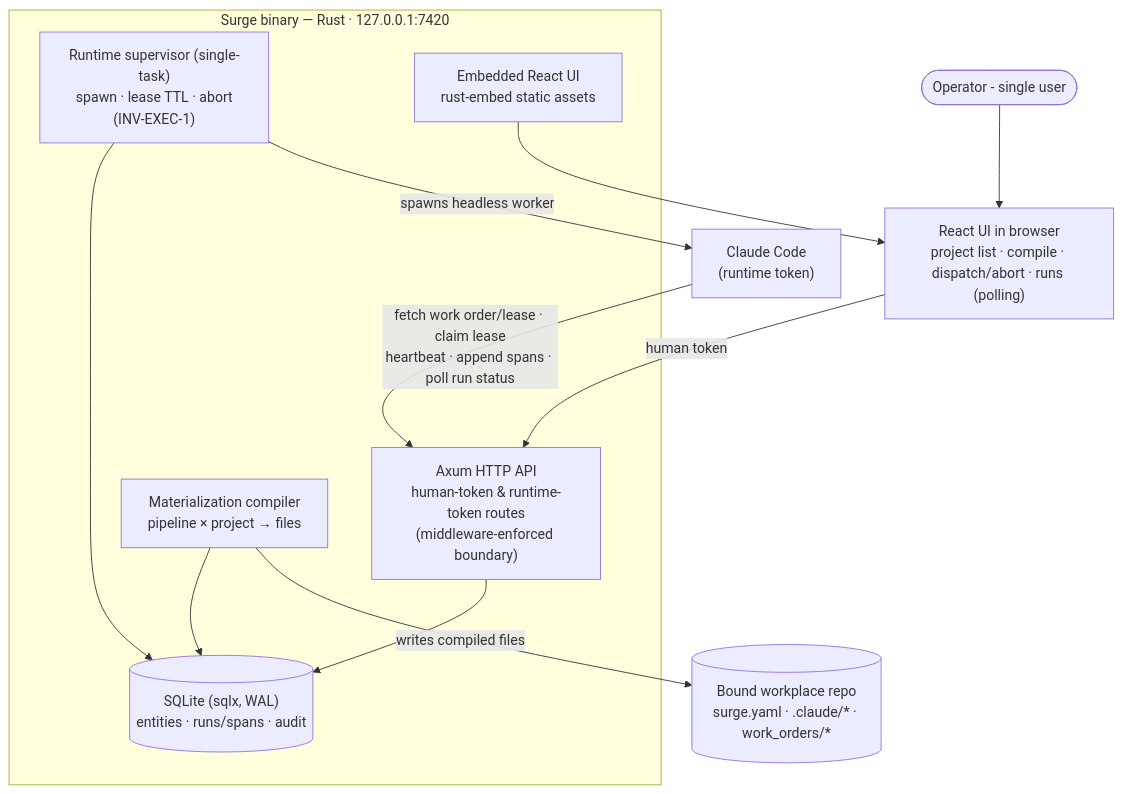
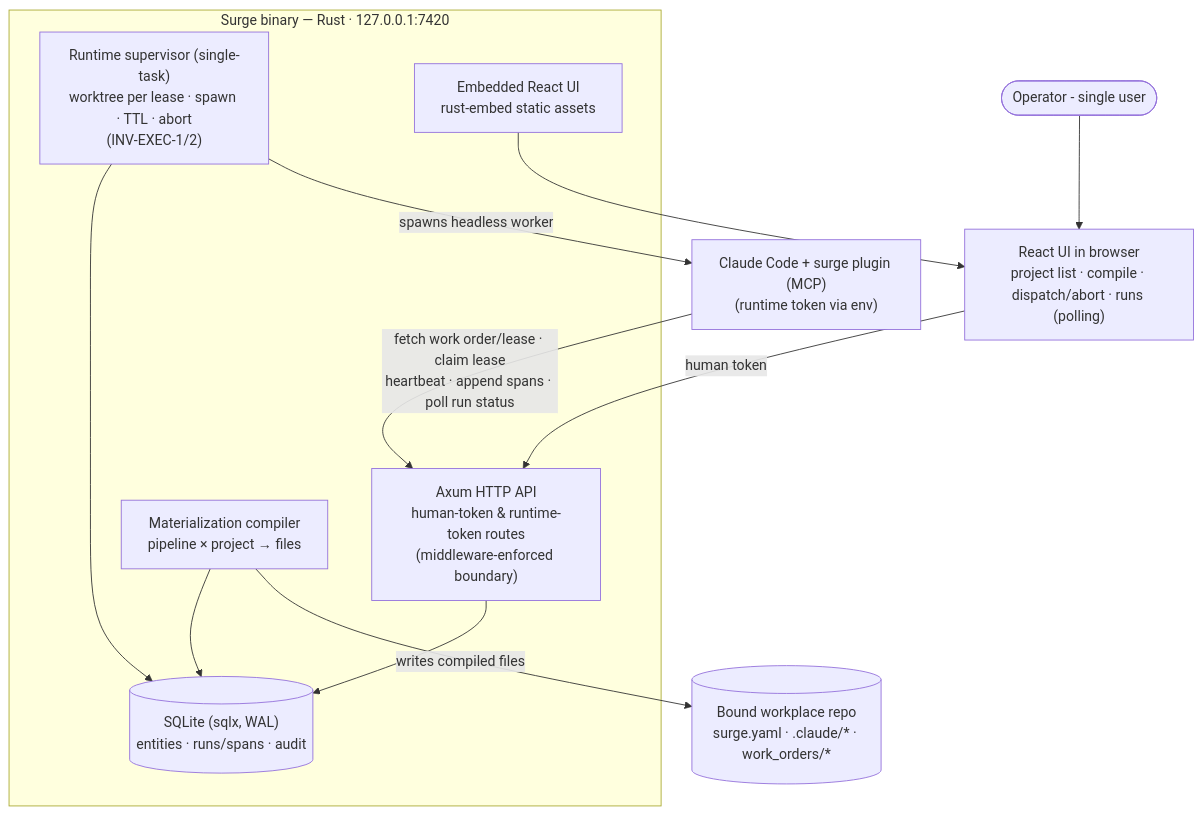
The diagram in docs/phases/phase-0/phase.md (traitbound/surge), drawn with Mermaid before and after one commit. The commit also changed other lines of this file and 9 other files, not shown here.

First line of the commit message:
Second concept audit: isolation, credentials, git policy, observed-fact trust; plan Claude Code MCP plugin

````diff
--- a/docs/phases/phase-0/phase.md
+++ b/docs/phases/phase-0/phase.md
@@ -51,26 +53,26 @@
 ```mermaid
 graph TB
     operator([Operator - single user])
 
     subgraph binary["Surge binary — Rust · 127.0.0.1:7420"]
         api["Axum HTTP API<br/>human-token & runtime-token routes<br/>(middleware-enforced boundary)"]
         db[("SQLite (sqlx, WAL)<br/>entities · runs/spans · audit")]
         compiler["Materialization compiler<br/>pipeline × project → files"]
-        supervisor["Runtime supervisor (single-task)<br/>spawn · lease TTL · abort<br/>(INV-EXEC-1)"]
+        supervisor["Runtime supervisor (single-task)<br/>worktree per lease · spawn · TTL · abort<br/>(INV-EXEC-1/2)"]
         ui_assets["Embedded React UI<br/>rust-embed static assets"]
     end
 
     browser["React UI in browser<br/>project list · compile · dispatch/abort · runs (polling)"]
-    runtime["Claude Code<br/>(runtime token)"]
+    runtime["Claude Code + surge plugin (MCP)<br/>(runtime token via env)"]
     repo[("Bound workplace repo<br/>surge.yaml · .claude/* · work_orders/*")]
 
     operator --> browser
     browser -->|"human token"| api
     ui_assets --> browser
     supervisor --> db
     supervisor -->|"spawns headless worker"| runtime
     runtime -->|"fetch work order/lease · claim lease<br/>heartbeat · append spans · poll run status"| api
     api --> db
     compiler --> db
     compiler -->|"writes compiled files"| repo
 ```
````
